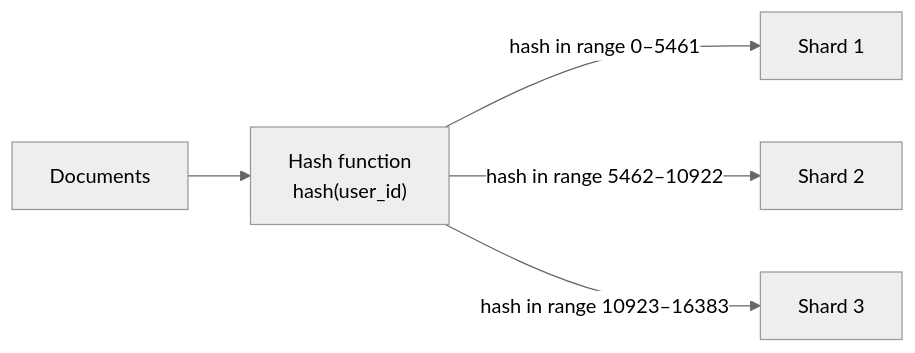
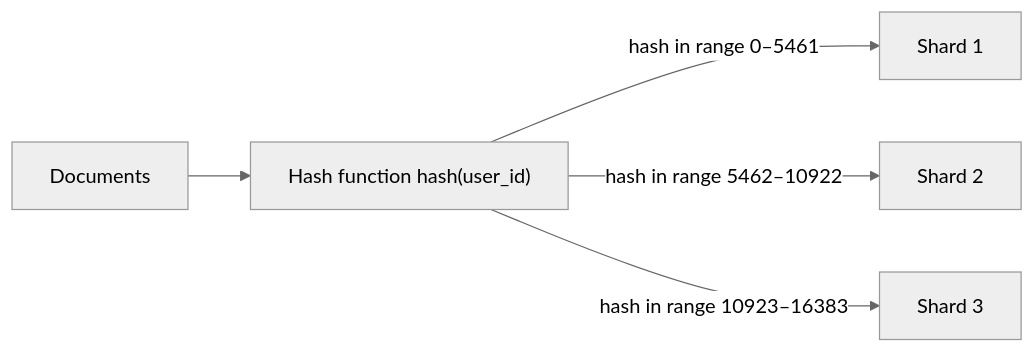
One commit to afekash/project_shopflow-afek changed the third of 6 diagrams in materials/nosql/05-mongodb-sharding/01-sharding-architecture.md. Above: the diagram before and after it, drawn with Mermaid (neutral theme). The commit also changed other lines of this file and 5 other files, not shown here.

````diff
--- a/materials/nosql/05-mongodb-sharding/01-sharding-architecture.md
+++ b/materials/nosql/05-mongodb-sharding/01-sharding-architecture.md
@@ -123,7 +123,7 @@
 ```mermaid
 graph LR
-    Data["Documents"] --> Hash["Hash function\nhash(user_id)"]
+    Data["Documents"] --> Hash["Hash function hash(user_id)"]
     Hash -->|"hash in range 0–5461"| S1["Shard 1"]
     Hash -->|"hash in range 5462–10922"| S2["Shard 2"]
     Hash -->|"hash in range 10923–16383"| S3["Shard 3"]
 ```
````
